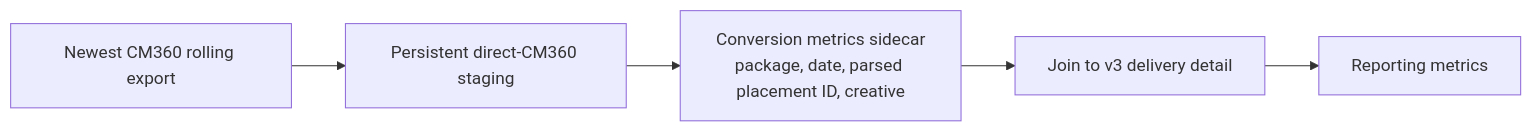
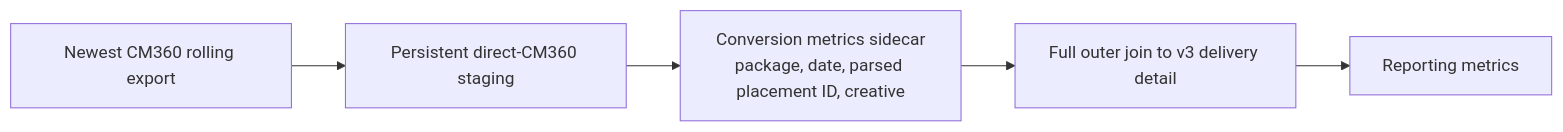
The diagram in master_data_model/docs/rtl-direct-cm360-conversion-migration.md (genetsen/looker_personal), drawn with Mermaid before and after one commit. The commit also changed other lines of this file and 7 other files, not shown here.

First line of the commit message:
feat(master-data-model): demonstrate CM360 full outer join QA

````diff
--- a/master_data_model/docs/rtl-direct-cm360-conversion-migration.md
+++ b/master_data_model/docs/rtl-direct-cm360-conversion-migration.md
@@ -37,7 +37,7 @@
 ```mermaid
 flowchart LR
   A["Newest CM360 rolling export"] --> B["Persistent direct-CM360 staging"]
   B --> C["Conversion metrics sidecar\npackage, date, parsed placement ID, creative"]
-  C --> D["Join to v3 delivery detail"]
+  C --> D["Full outer join to v3 delivery detail"]
   D --> E["Reporting metrics"]
 ```
````
